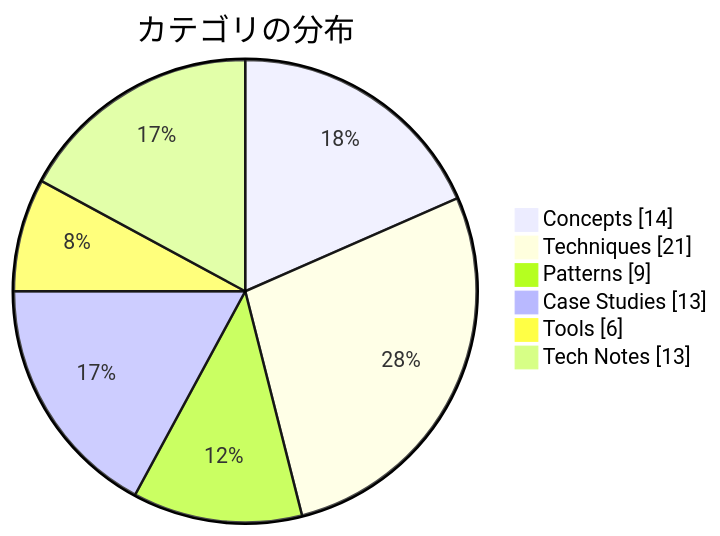
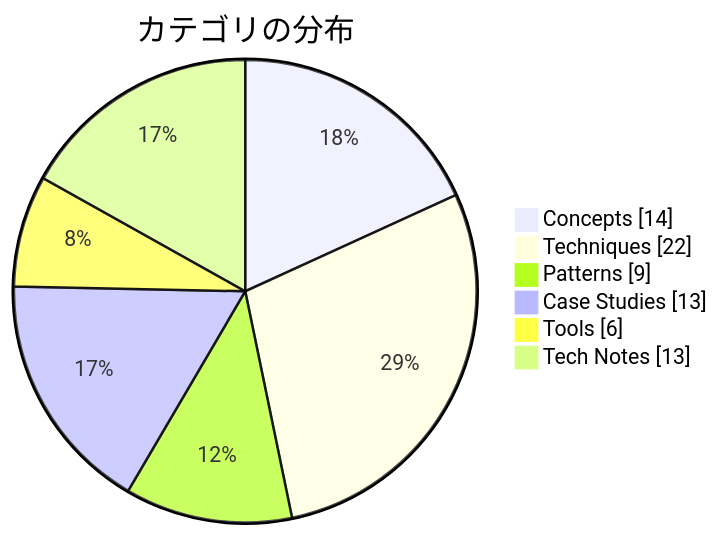
The second of 2 diagrams in docs/index.md (dinekt/dinekt-wiki), drawn with Mermaid before and after one commit. The commit also changed other lines of this file and 5 other files, not shown here.

````diff
--- a/docs/index.md
+++ b/docs/index.md
@@ -37,9 +37,9 @@
 ```mermaid
 pie showData title カテゴリの分布
     "Concepts" : 14
-    "Techniques" : 21
+    "Techniques" : 22
     "Patterns" : 9
     "Case Studies" : 13
     "Tools" : 6
     "Tech Notes" : 13
 ```
````
